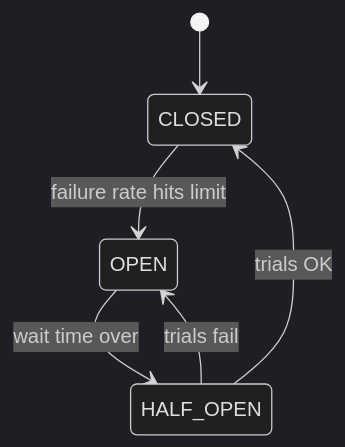
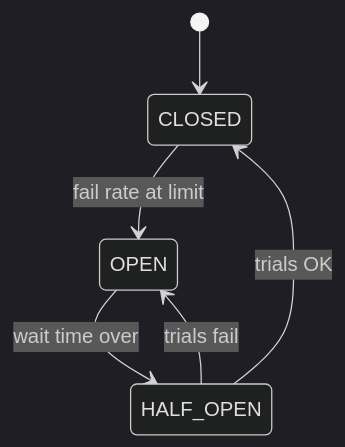
Before and after one commit to mimi146/blog: the third of 3 diagrams in src/content/blog/10-backend-design-patterns-in-java.md, drawn with Mermaid (dark theme). The commit also changed other lines of this file, not shown here.

Commit message:
post: Coach fixes for 360px (Fig 3 label, reference link text)

````diff
--- a/src/content/blog/10-backend-design-patterns-in-java.md
+++ b/src/content/blog/10-backend-design-patterns-in-java.md
@@ -683,11 +683,11 @@
 ```mermaid
 stateDiagram-v2
   accTitle: Resilience4j circuit breaker states
   accDescr: CLOSED moves to OPEN when the failure rate reaches the threshold. OPEN rejects calls, then moves to HALF_OPEN after the wait duration. HALF_OPEN returns to CLOSED if the trial calls succeed, or to OPEN if they fail.
   direction TB
   [*] --> CLOSED
-  CLOSED --> OPEN: failure rate hits limit
+  CLOSED --> OPEN: fail rate at limit
   OPEN --> HALF_OPEN: wait time over
   HALF_OPEN --> CLOSED: trials OK
   HALF_OPEN --> OPEN: trials fail
 ```
````
